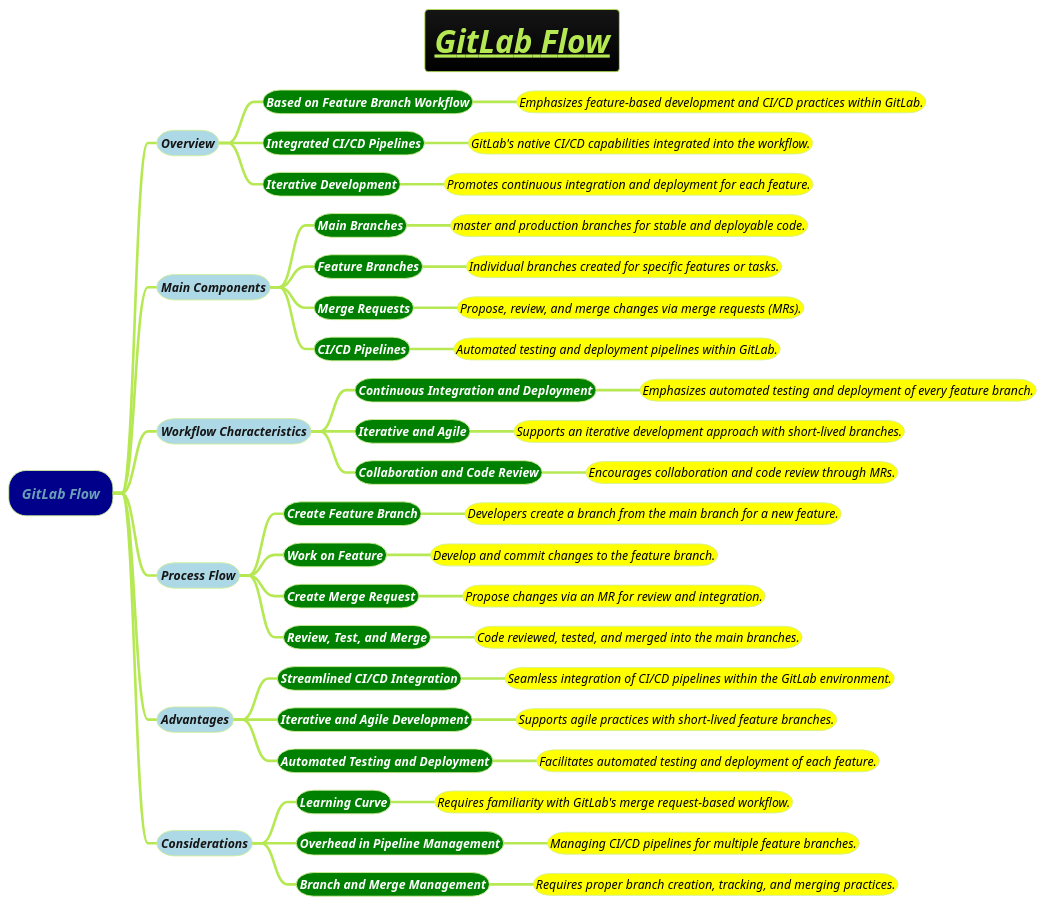
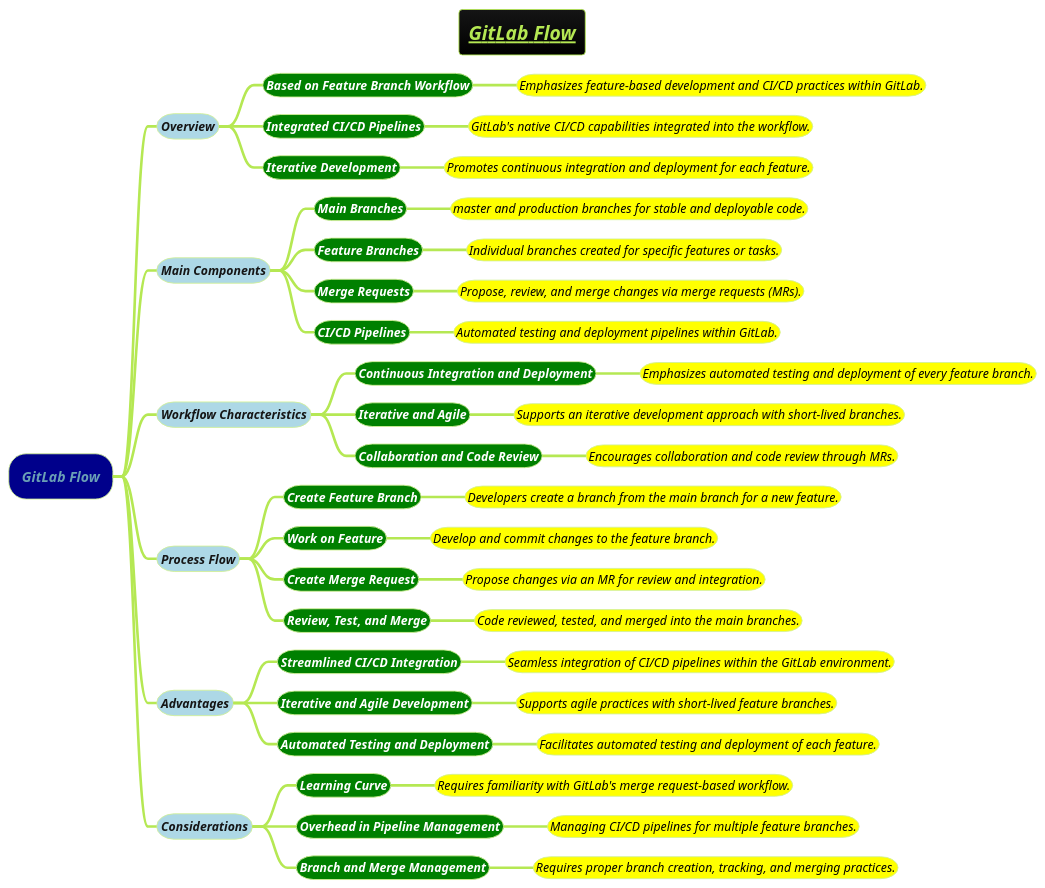
Before and after one commit to MehmoodHashmi/Documentation-as-Code-DaC: the diagram in docs/3-devops/git/Gitlab-workflow.puml, drawn with PlantUML. The commit also changed 8 other files, not shown here.

```diff
--- a/docs/3-devops/git/Gitlab-workflow.puml
+++ b/docs/3-devops/git/Gitlab-workflow.puml
@@ -1,52 +1,52 @@
 @startmindmap
-title =<i><b><u>GitLab Flow
+title =<i><b><u><size:18>GitLab Flow
 !theme hacker
 
 *[#darkblue] <i>GitLab Flow
 **[#lightblue] <i><color #blac><size:14>Overview
 ***[#green] <b><i><color #white><size:14>Based on Feature Branch Workflow
 ****[#yellow] <i><color #black><size:14>Emphasizes feature-based development and CI/CD practices within GitLab.
 ***[#green] <b><i><color #white><size:14>Integrated CI/CD Pipelines
 ****[#yellow] <i><color #black><size:14>GitLab's native CI/CD capabilities integrated into the workflow.
 ***[#green] <b><i><color #white><size:14>Iterative Development
 ****[#yellow] <i><color #black><size:14>Promotes continuous integration and deployment for each feature.
 **[#lightblue] <i><color #blac><size:14>Main Components
 ***[#green] <b><i><color #white><size:14>Main Branches
 ****[#yellow] <i><color #black><size:14>master and production branches for stable and deployable code.
 ***[#green] <b><i><color #white><size:14>Feature Branches
 ****[#yellow] <i><color #black><size:14>Individual branches created for specific features or tasks.
 ***[#green] <b><i><color #white><size:14>Merge Requests
 ****[#yellow] <i><color #black><size:14>Propose, review, and merge changes via merge requests (MRs).
 ***[#green] <b><i><color #white><size:14>CI/CD Pipelines
 ****[#yellow] <i><color #black><size:14>Automated testing and deployment pipelines within GitLab.
 **[#lightblue] <i><color #blac><size:14>Workflow Characteristics
 ***[#green] <b><i><color #white><size:14>Continuous Integration and Deployment
 ****[#yellow] <i><color #black><size:14>Emphasizes automated testing and deployment of every feature branch.
 ***[#green] <b><i><color #white><size:14>Iterative and Agile
 ****[#yellow] <i><color #black><size:14>Supports an iterative development approach with short-lived branches.
 ***[#green] <b><i><color #white><size:14>Collaboration and Code Review
 ****[#yellow] <i><color #black><size:14>Encourages collaboration and code review through MRs.
 **[#lightblue] <i><color #blac><size:14>Process Flow
 ***[#green] <b><i><color #white><size:14>Create Feature Branch
 ****[#yellow] <i><color #black><size:14>Developers create a branch from the main branch for a new feature.
 ***[#green] <b><i><color #white><size:14>Work on Feature
 ****[#yellow] <i><color #black><size:14>Develop and commit changes to the feature branch.
 ***[#green] <b><i><color #white><size:14>Create Merge Request
 ****[#yellow] <i><color #black><size:14>Propose changes via an MR for review and integration.
 ***[#green] <b><i><color #white><size:14>Review, Test, and Merge
 ****[#yellow] <i><color #black><size:14>Code reviewed, tested, and merged into the main branches.
 **[#lightblue] <i><color #blac><size:14>Advantages
 ***[#green] <b><i><color #white><size:14>Streamlined CI/CD Integration
 ****[#yellow] <i><color #black><size:14>Seamless integration of CI/CD pipelines within the GitLab environment.
 ***[#green] <b><i><color #white><size:14>Iterative and Agile Development
 ****[#yellow] <i><color #black><size:14>Supports agile practices with short-lived feature branches.
 ***[#green] <b><i><color #white><size:14>Automated Testing and Deployment
 ****[#yellow] <i><color #black><size:14>Facilitates automated testing and deployment of each feature.
 **[#lightblue] <i><color #blac><size:14>Considerations
 ***[#green] <b><i><color #white><size:14>Learning Curve
 ****[#yellow] <i><color #black><size:14>Requires familiarity with GitLab's merge request-based workflow.
 ***[#green] <b><i><color #white><size:14>Overhead in Pipeline Management
 ****[#yellow] <i><color #black><size:14>Managing CI/CD pipelines for multiple feature branches.
 ***[#green] <b><i><color #white><size:14>Branch and Merge Management
 ****[#yellow] <i><color #black><size:14>Requires proper branch creation, tracking, and merging practices.
 @endmindmap
```
